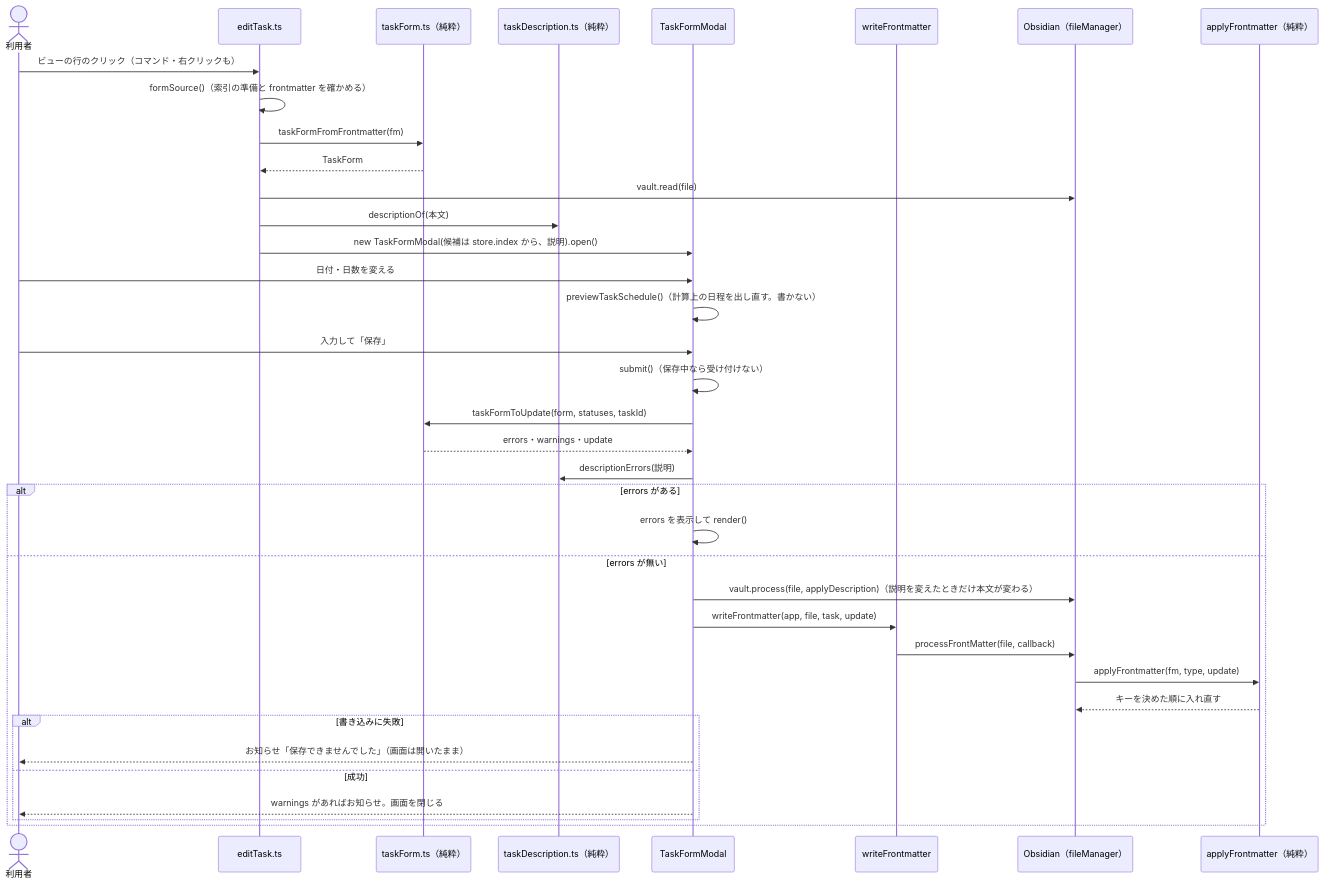
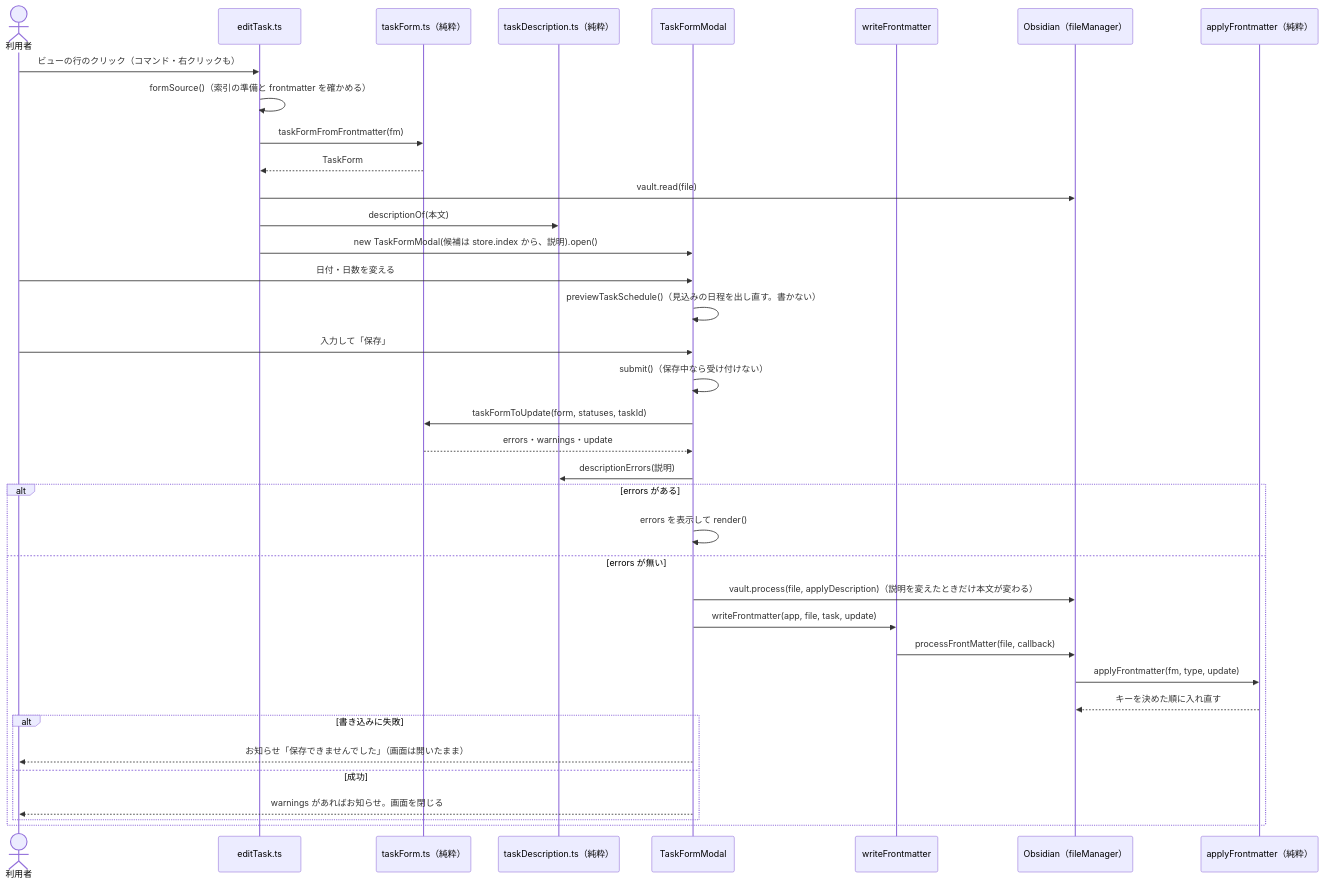
One commit to 2JO-code/2JO-dev-obsidian-pm-plugin changed the seventh of 7 diagrams in docs/DIAGRAMS.md. Above: the diagram before and after it, drawn with Mermaid. The commit also changed other lines of this file and 56 other files, not shown here.

````diff
--- a/docs/DIAGRAMS.md
+++ b/docs/DIAGRAMS.md
@@ -443,40 +445,40 @@
 ```mermaid
 sequenceDiagram
 	actor U as 利用者
 	participant E as editTask.ts
 	participant F as taskForm.ts（純粋）
 	participant D as taskDescription.ts（純粋）
 	participant M as TaskFormModal
 	participant W as writeFrontmatter
 	participant O as Obsidian（fileManager）
 	participant A as applyFrontmatter（純粋）
 
 	U->>E: ビューの行のクリック（コマンド・右クリックも）
 	E->>E: formSource()（索引の準備と frontmatter を確かめる）
 	E->>F: taskFormFromFrontmatter(fm)
 	F-->>E: TaskForm
 	E->>O: vault.read(file)
 	E->>D: descriptionOf(本文)
 	E->>M: new TaskFormModal(候補は store.index から、説明).open()
 	U->>M: 日付・日数を変える
-	M->>M: previewTaskSchedule()（計算上の日程を出し直す。書かない）
+	M->>M: previewTaskSchedule()（見込みの日程を出し直す。書かない）
 	U->>M: 入力して「保存」
 	M->>M: submit()（保存中なら受け付けない）
 	M->>F: taskFormToUpdate(form, statuses, taskId)
 	F-->>M: errors・warnings・update
 	M->>D: descriptionErrors(説明)
 	alt errors がある
 		M->>M: errors を表示して render()
 	else errors が無い
 		M->>O: vault.process(file, applyDescription)（説明を変えたときだけ本文が変わる）
 		M->>W: writeFrontmatter(app, file, task, update)
 		W->>O: processFrontMatter(file, callback)
 		O->>A: applyFrontmatter(fm, type, update)
 		A-->>O: キーを決めた順に入れ直す
 		alt 書き込みに失敗
 			M-->>U: お知らせ「保存できませんでした」（画面は開いたまま）
 		else 成功
 			M-->>U: warnings があればお知らせ。画面を閉じる
 		end
 	end
 ```
````
